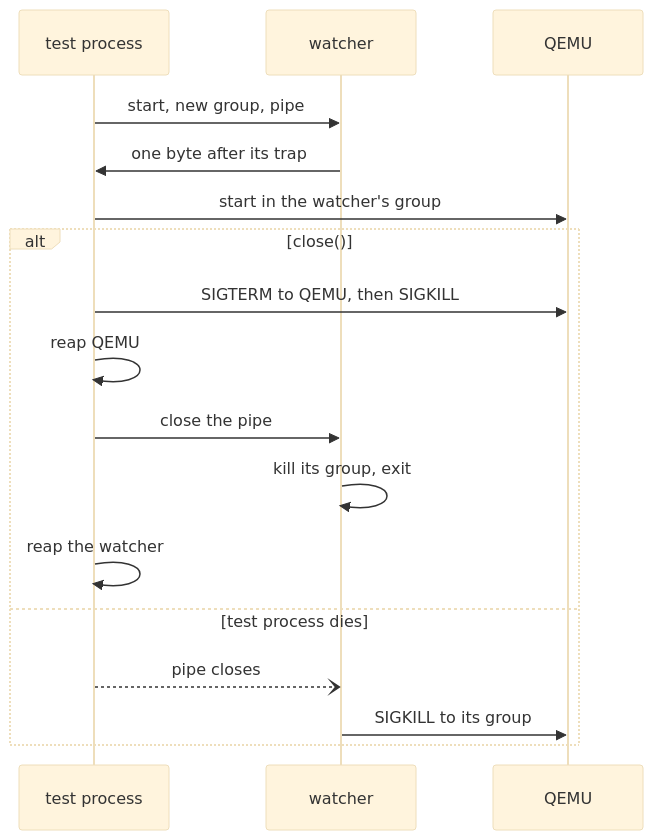
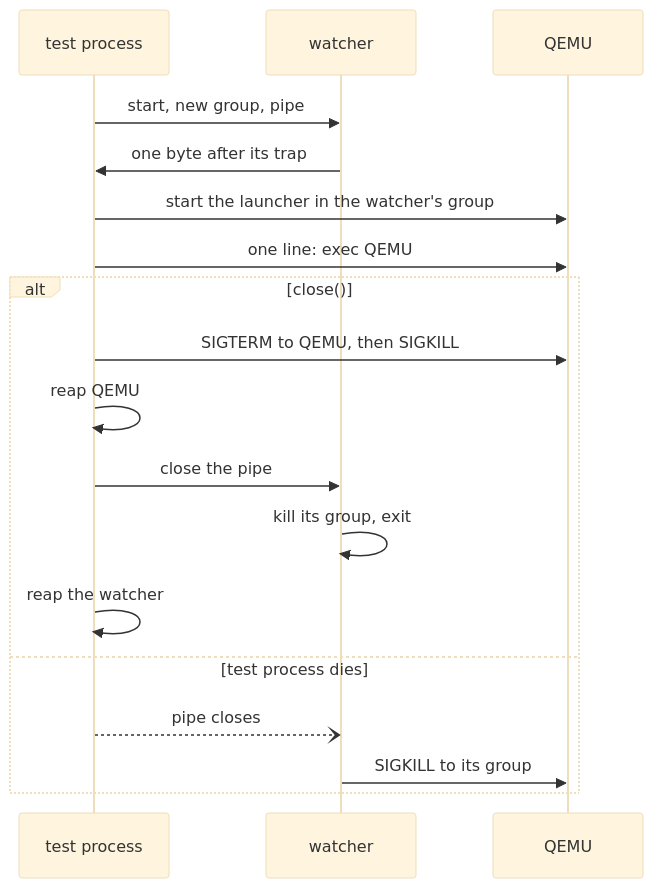
One commit to RobCo-Industries/RobCo-Core changed the diagram in tests/README.md. Above: the diagram before and after it, drawn with Mermaid (base theme). The commit also changed other lines of this file and 2 other files, not shown here.

First line of the commit message:
Hold QEMU in a launcher until the test process releases it

````diff
--- a/tests/README.md
+++ b/tests/README.md
@@ -471,19 +495,20 @@
 ```mermaid
 sequenceDiagram
     participant T as test process
     participant W as watcher
     participant Q as QEMU
     T->>W: start, new group, pipe
     W->>T: one byte after its trap
-    T->>Q: start in the watcher's group
+    T->>Q: start the launcher in the watcher's group
+    T->>Q: one line: exec QEMU
     alt close()
         T->>Q: SIGTERM to QEMU, then SIGKILL
         T->>T: reap QEMU
         T->>W: close the pipe
         W->>W: kill its group, exit
         T->>T: reap the watcher
     else test process dies
         T--)W: pipe closes
         W->>Q: SIGKILL to its group
     end
 ```
````
